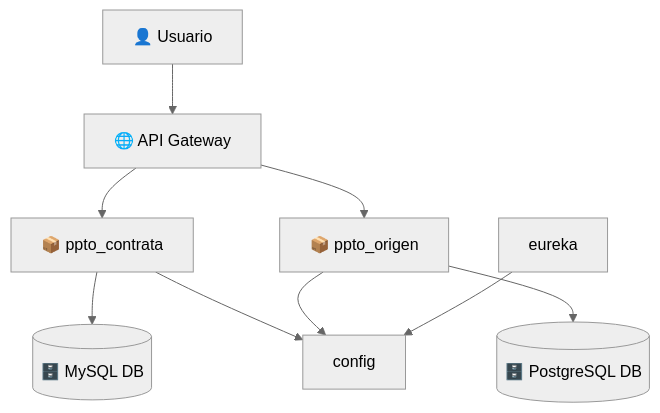
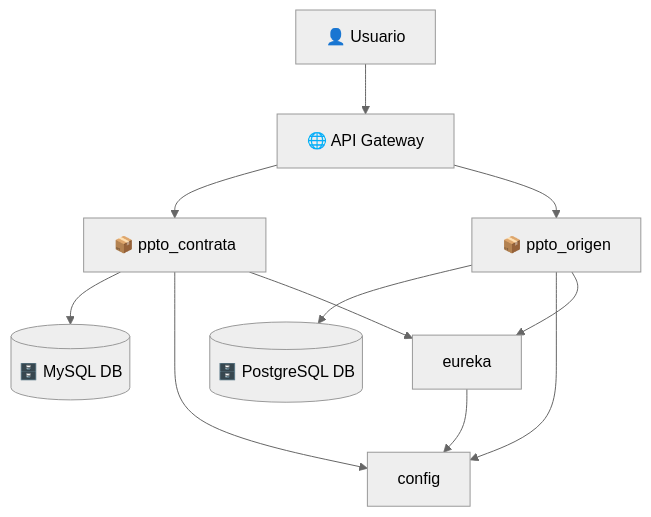
One commit to wilfredohuarotog/API-Gestion-de-presupuestos changed the diagram in README.md. Above: the diagram before and after it, drawn with Mermaid (neutral theme).

````diff
--- a/README.md
+++ b/README.md
@@ -24,13 +24,15 @@
 ```mermaid
 graph TD
     user[👤 Usuario] --> gateway[🌐 API Gateway]
 
     gateway --> contrata[📦 ppto_contrata]
     gateway --> origen[📦 ppto_origen]
 
     contrata --> mysql[(🗄️ MySQL DB)]
     origen --> postgres[(🗄️ PostgreSQL DB)]
     contrata --> config
     origen --> config
     eureka --> config
+    contrata --> eureka
+    origen --> eureka
 ```
````
